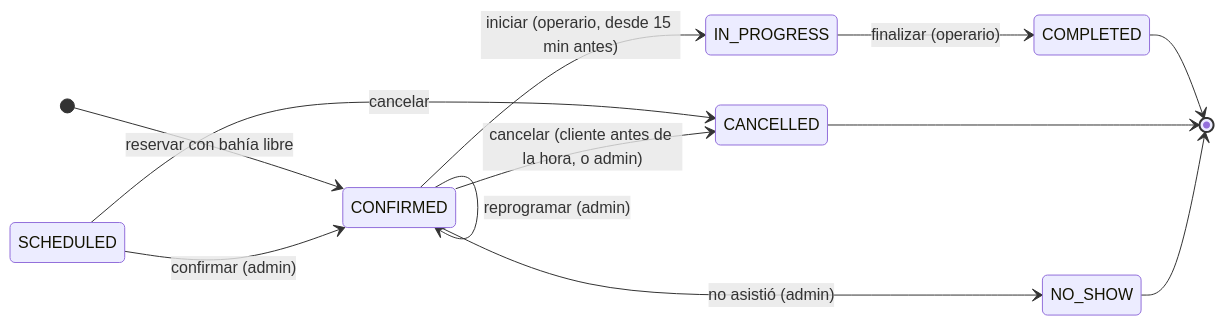
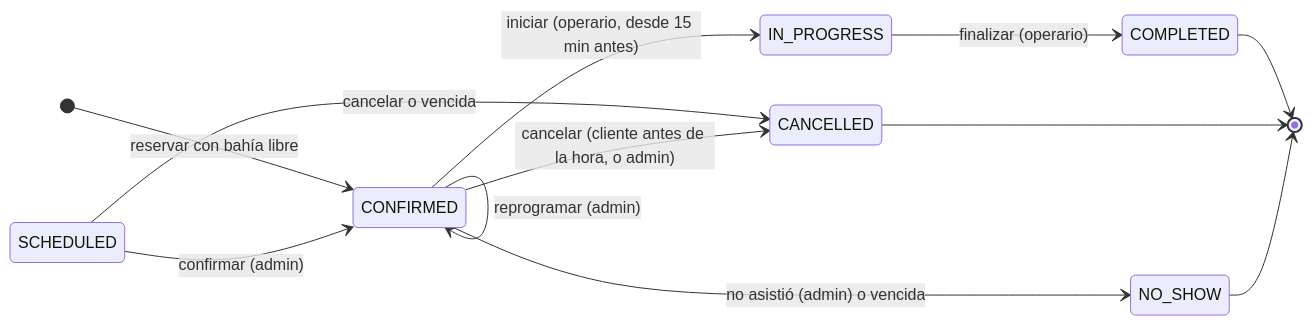
One commit to BrayanCABRERA123/lavarapido-docs changed the second of 2 diagrams in 09_MANUALES/ES/MD/manual-tecnico.md. Above: the diagram before and after it, drawn with Mermaid. The commit also changed other lines of this file, not shown here.

````diff
--- a/09_MANUALES/ES/MD/manual-tecnico.md
+++ b/09_MANUALES/ES/MD/manual-tecnico.md
@@ -877,15 +884,15 @@
 ```mermaid
 stateDiagram-v2
     direction LR
     [*] --> CONFIRMED : reservar con bahía libre
     SCHEDULED --> CONFIRMED : confirmar (admin)
-    SCHEDULED --> CANCELLED : cancelar
+    SCHEDULED --> CANCELLED : cancelar o vencida
     CONFIRMED --> CONFIRMED : reprogramar (admin)
     CONFIRMED --> IN_PROGRESS : iniciar (operario, desde 15 min antes)
     CONFIRMED --> CANCELLED : cancelar (cliente antes de la hora, o admin)
-    CONFIRMED --> NO_SHOW : no asistió (admin)
+    CONFIRMED --> NO_SHOW : no asistió (admin) o vencida
     IN_PROGRESS --> COMPLETED : finalizar (operario)
     COMPLETED --> [*]
     CANCELLED --> [*]
     NO_SHOW --> [*]
 ```
````
